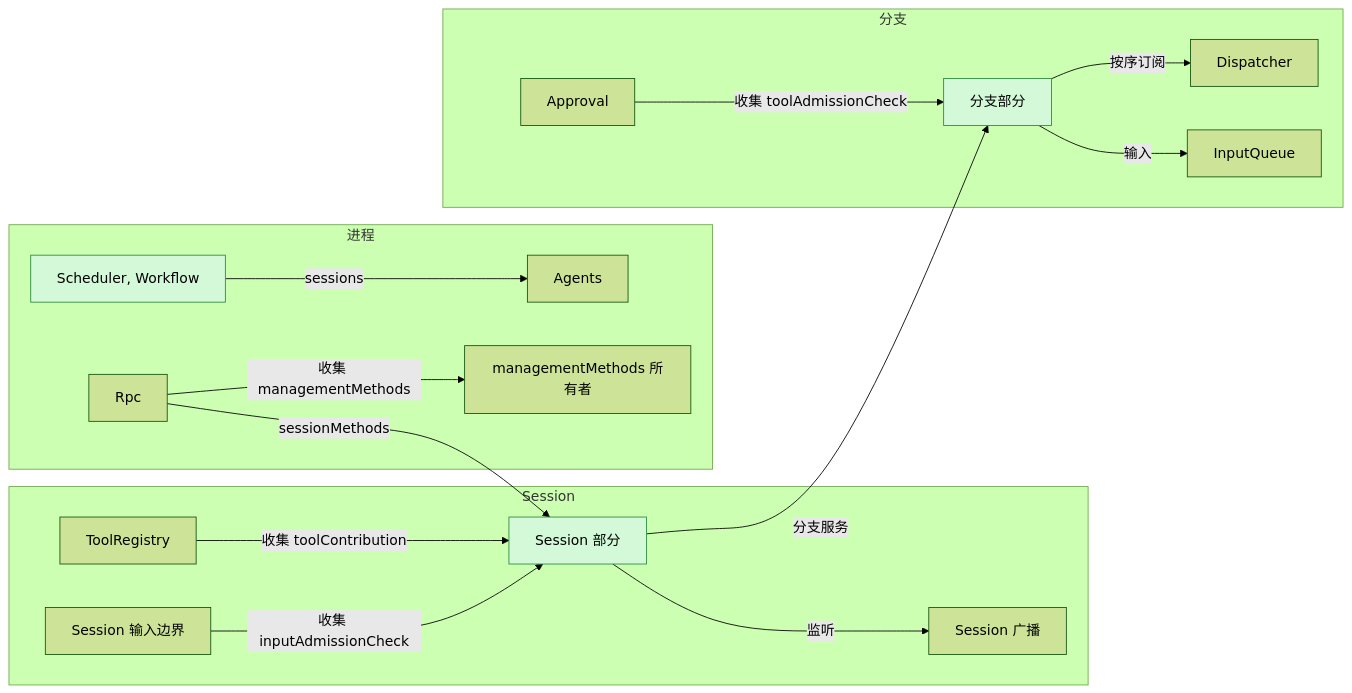
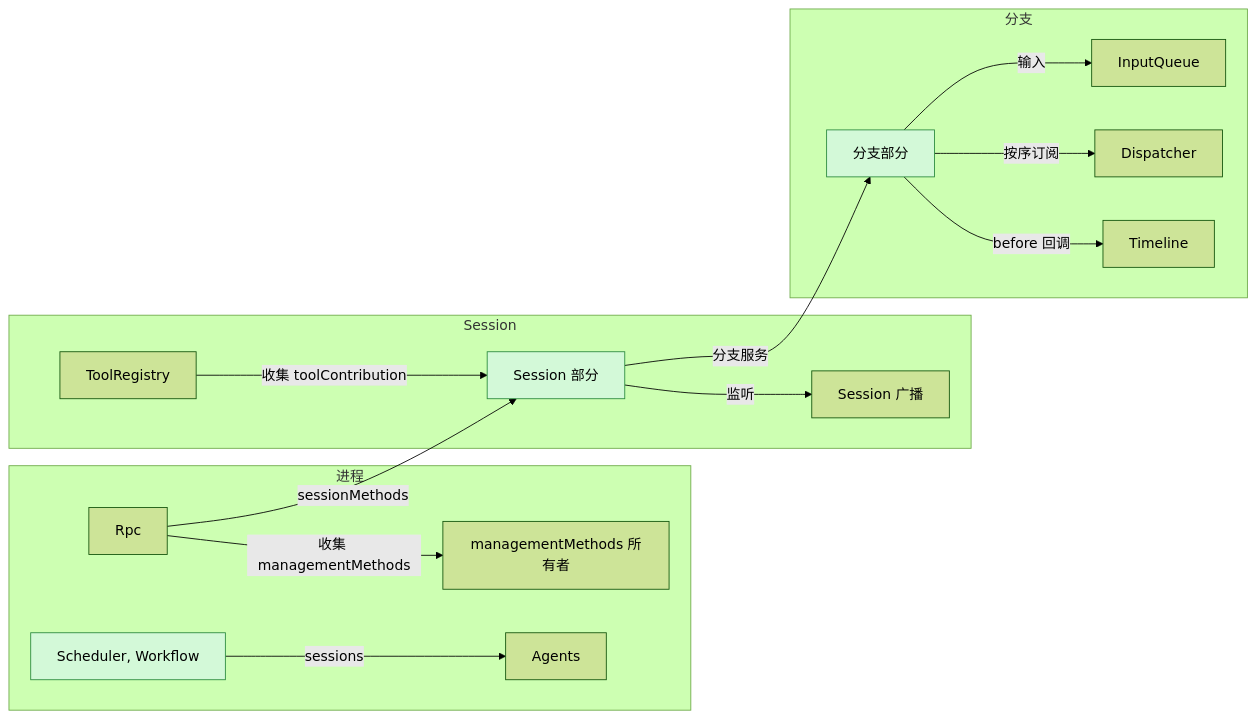
Before and after one commit to CoutinhoTTS/dim-agent: the second of 8 diagrams in docs/zh/design/overview.md, drawn with Mermaid (forest theme). The commit also changed other lines of this file and 18 other files, not shown here.

````diff
--- a/docs/zh/design/overview.md
+++ b/docs/zh/design/overview.md
@@ -106,33 +105,31 @@
 ```mermaid
 flowchart LR
   classDef new fill:#d3f9d8,stroke:#2b8a3e,color:#000
 
   subgraph PROC["进程"]
     Rpc["Rpc"]
     Agents["Agents"]
     SchedP["Scheduler, Workflow"]:::new
     MM["managementMethods 所有者"]
   end
   subgraph SES["Session"]
     TR["ToolRegistry"]
     BC["Session 广播"]
-    IB["Session 输入边界"]
     SP["Session 部分"]:::new
   end
   subgraph BR["分支"]
-    AP["Approval"]
+    TL["Timeline"]
     DP["Dispatcher"]
     IQ["InputQueue"]
     BP["分支部分"]:::new
   end
   Rpc -->|"收集 managementMethods"| MM
   Rpc -->|"sessionMethods"| SP
   TR -->|"收集 toolContribution"| SP
-  IB -->|"收集 inputAdmissionCheck"| SP
   SP -->|"监听"| BC
-  AP -->|"收集 toolAdmissionCheck"| BP
+  BP -->|"before 回调"| TL
   BP -->|"按序订阅"| DP
   BP -->|"输入"| IQ
   SchedP -->|"sessions"| Agents
   SP -->|"分支服务"| BP
 ```
````
